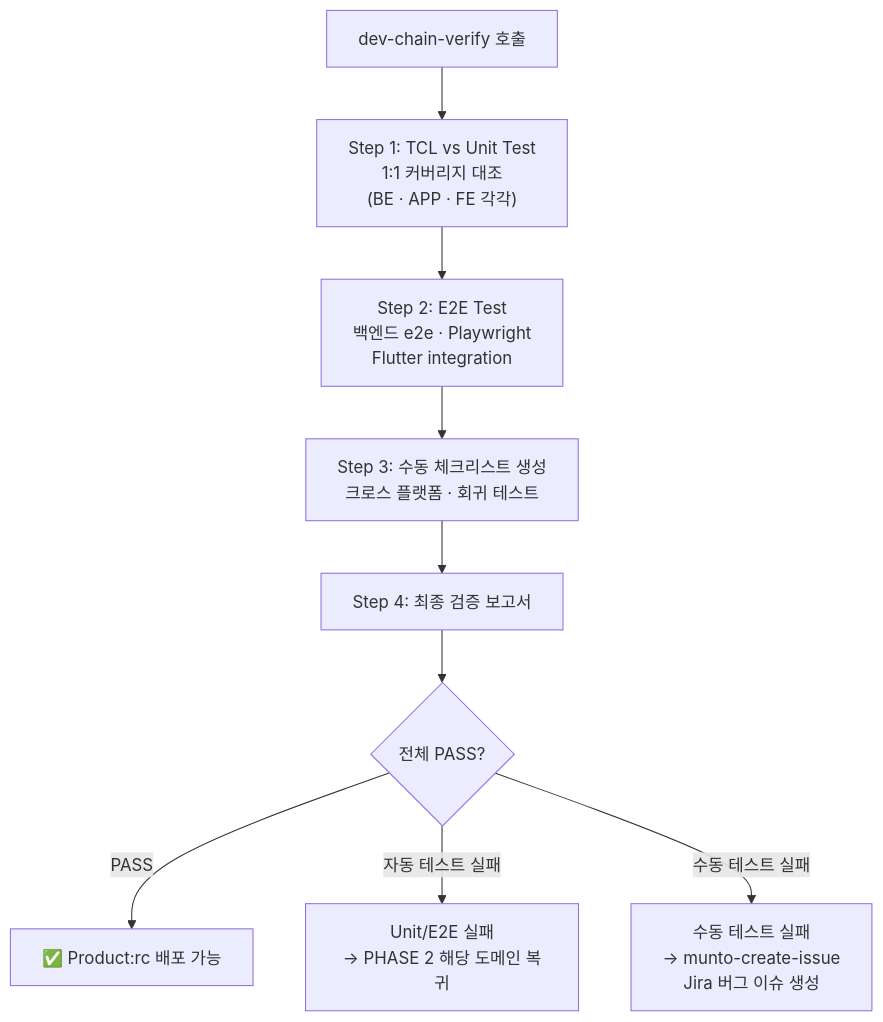
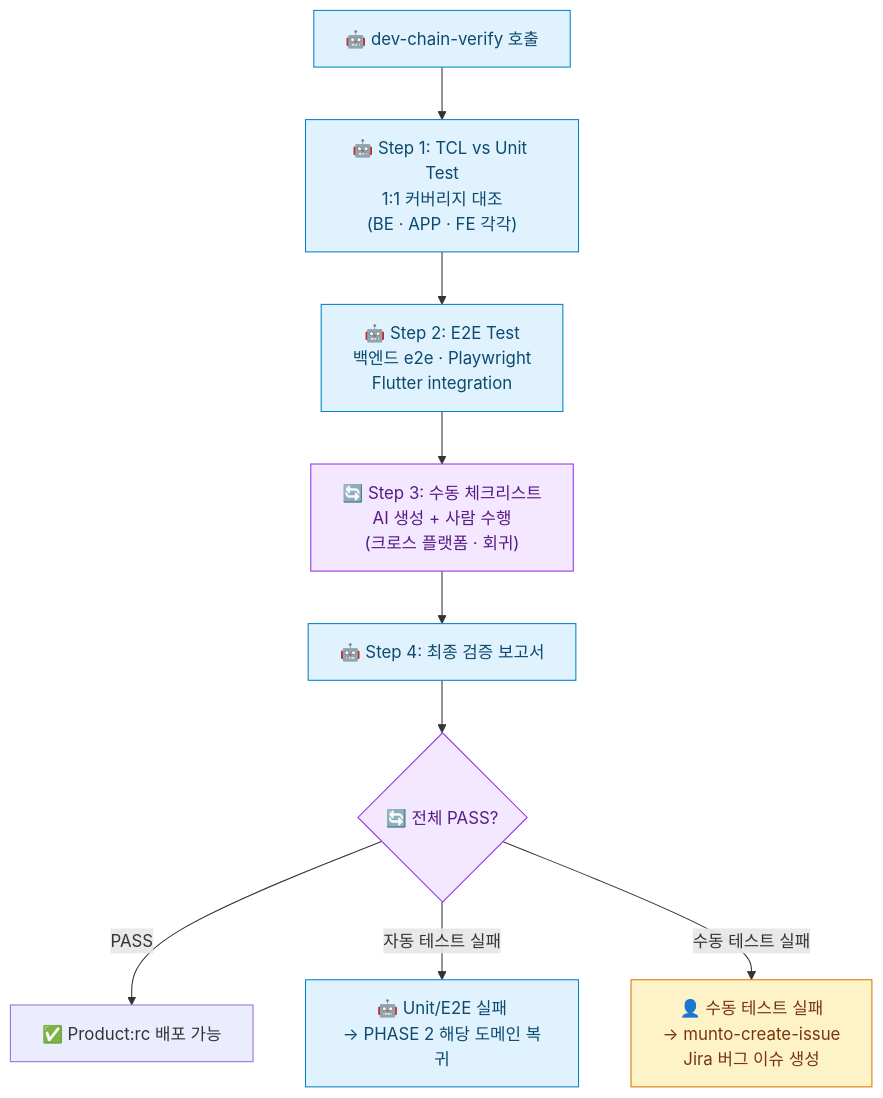
One commit to gracegyu/munto-dev-assistant-report changed the seventh of 7 diagrams in reports/2026-05-harness-TO-BE.md. Above: the diagram before and after it, drawn with Mermaid. The commit also changed other lines of this file and 1 other file, not shown here.

````diff
--- a/reports/2026-05-harness-TO-BE.md
+++ b/reports/2026-05-harness-TO-BE.md
@@ -211,17 +328,22 @@
 ```mermaid
 flowchart TD
-    V0["dev-chain-verify 호출"]
-    V1["Step 1: TCL vs Unit Test\n1:1 커버리지 대조\n(BE · APP · FE 각각)"]
-    V2["Step 2: E2E Test\n백엔드 e2e · Playwright\nFlutter integration"]
-    V3["Step 3: 수동 체크리스트 생성\n크로스 플랫폼 · 회귀 테스트"]
-    V4["Step 4: 최종 검증 보고서"]
-    V5{"전체 PASS?"}
+    V0["🤖 dev-chain-verify 호출"]:::ai
+    V1["🤖 Step 1: TCL vs Unit Test<br/>1:1 커버리지 대조<br/>(BE · APP · FE 각각)"]:::ai
+    V2["🤖 Step 2: E2E Test<br/>백엔드 e2e · Playwright<br/>Flutter integration"]:::ai
+    V3["🔄 Step 3: 수동 체크리스트<br/>AI 생성 + 사람 수행<br/>(크로스 플랫폼 · 회귀)"]:::collab
+    V4["🤖 Step 4: 최종 검증 보고서"]:::ai
+    V5{"🔄 전체 PASS?"}:::collab
     V6["✅ Product:rc 배포 가능"]
-    V7["Unit/E2E 실패\n→ PHASE 2 해당 도메인 복귀"]
-    V8["수동 테스트 실패\n→ munto-create-issue\nJira 버그 이슈 생성"]
+    V7["🤖 Unit/E2E 실패<br/>→ PHASE 2 해당 도메인 복귀"]:::ai
+    V8["👤 수동 테스트 실패<br/>→ munto-create-issue<br/>Jira 버그 이슈 생성"]:::human
 
     V0 --> V1 --> V2 --> V3 --> V4 --> V5
     V5 -- "PASS" --> V6
     V5 -- "자동 테스트 실패" --> V7
     V5 -- "수동 테스트 실패" --> V8
+
+    classDef ai fill:#e0f2fe,stroke:#0284c7,color:#0c4a6e
+    classDef human fill:#fef3c7,stroke:#d97706,color:#78350f
+    classDef collab fill:#f3e8ff,stroke:#9333ea,color:#581c87
+    classDef gate fill:#fee2e2,stroke:#dc2626,color:#7f1d1d,stroke-width:3px
 ```
````
